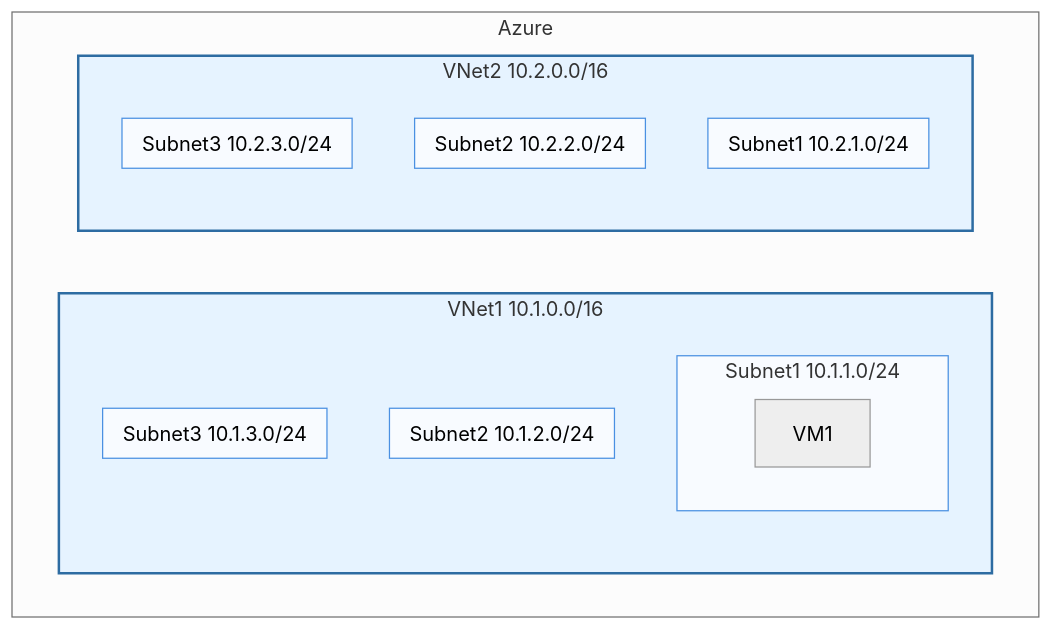
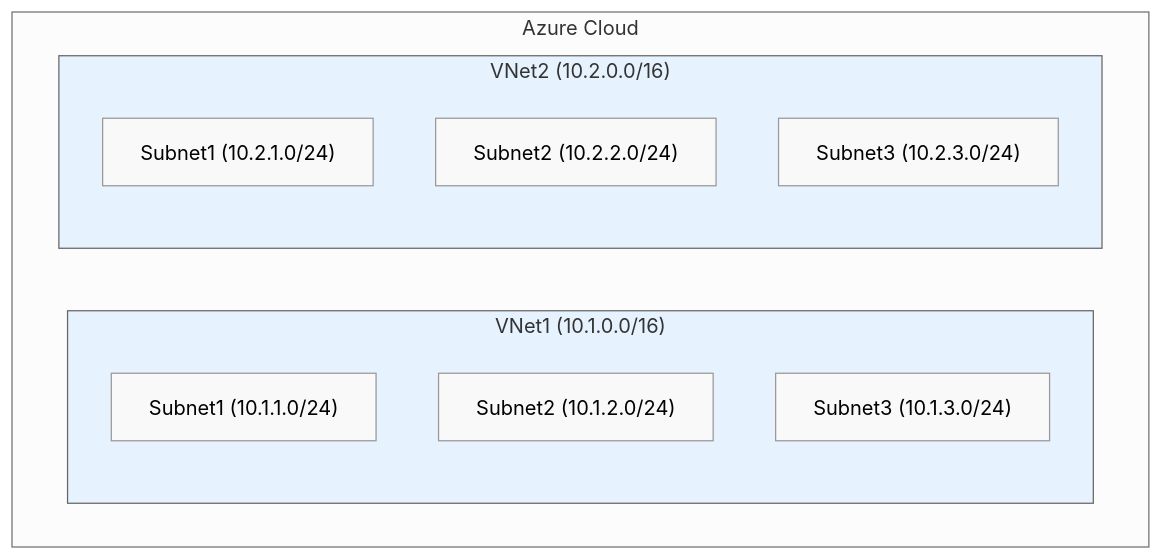
Before and after one commit to simonpainter/www.simonpainter.com: the first of 5 diagrams in docs/Tech/Azure/subnet-peering.md, drawn with Mermaid (neutral theme). The commit also changed other lines of this file and 2 other files, not shown here.

````diff
--- a/docs/Tech/Azure/subnet-peering.md
+++ b/docs/Tech/Azure/subnet-peering.md
@@ -17,35 +21,24 @@
 ```mermaid
-flowchart TB
-    subgraph Azure
-        subgraph VNet1[VNet1 10.1.0.0/16]
-            direction TB
-            subgraph Subnet1_1[Subnet1 10.1.1.0/24]
-                VM1[VM1]
-            end
-            subgraph Subnet1_2[Subnet2 10.1.2.0/24]
-                direction TB
-            end
-            subgraph Subnet1_3[Subnet3 10.1.3.0/24]
-                direction TB
-            end
+graph TB
+    subgraph Azure["Azure Cloud"]
+        subgraph VNet1["VNet1 (10.1.0.0/16)"]
+            Subnet1_1["Subnet1 (10.1.1.0/24)"]
+            Subnet2_1["Subnet2 (10.1.2.0/24)"]
+            Subnet3_1["Subnet3 (10.1.3.0/24)"]
         end
-        
-        subgraph VNet2[VNet2 10.2.0.0/16]
-            direction TB
-            subgraph Subnet2_1[Subnet1 10.2.1.0/24]
-                direction TB
-            end
-            subgraph Subnet2_2[Subnet2 10.2.2.0/24]
-                direction TB
-            end
-            subgraph Subnet2_3[Subnet3 10.2.3.0/24]
-                direction TB
-            end
+
+        subgraph VNet2["VNet2 (10.2.0.0/16)"]
+            Subnet1_2["Subnet1 (10.2.1.0/24)"]
+            Subnet2_2["Subnet2 (10.2.2.0/24)"]
+            Subnet3_2["Subnet3 (10.2.3.0/24)"]
         end
     end
 
-    classDef vnet fill:#e6f3ff,stroke:#2d6ca2,stroke-width:2px
-    classDef subnet fill:#f8fbff,stroke:#4a90e2,stroke-width:1px
+    %% Styling
+    classDef vnet fill:#e6f3ff,stroke:#666
+    classDef subnet fill:#f9f9f9,stroke:#999
+    classDef vm fill:#ffebcd,stroke:#666
+    
     class VNet1,VNet2 vnet
-    class Subnet1_1,Subnet1_2,Subnet1_3,Subnet2_1,Subnet2_2,Subnet2_3 subnet
+    class Subnet1_1,Subnet2_1,Subnet3_1,Subnet1_2,Subnet2_2,Subnet3_2 subnet
 ```
````
